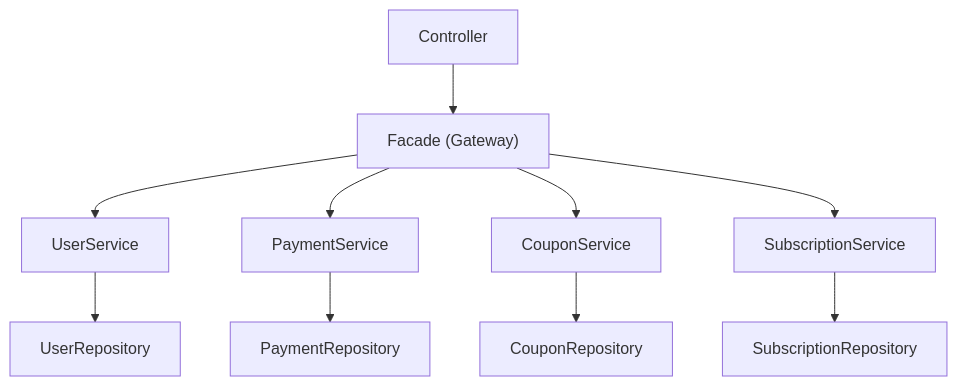
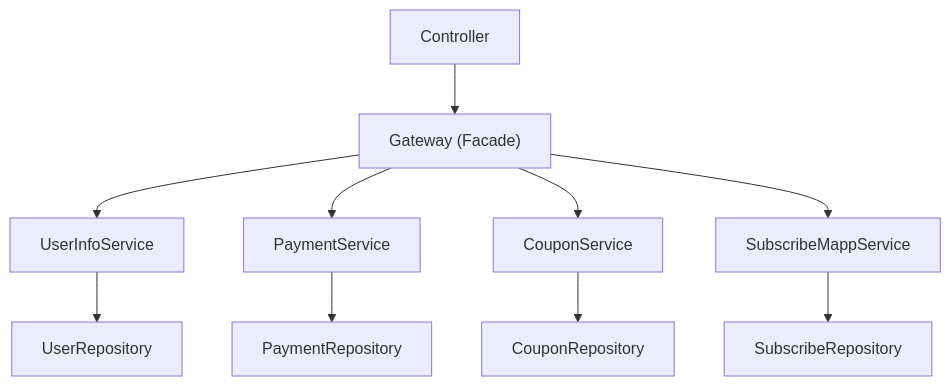
Before and after one commit to devy1540/devy1540.github.io: the second of 2 diagrams in content/posts/spring-facade-pattern-layered-architecture.md, drawn with Mermaid. The commit also changed other lines of this file and 2 other files, not shown here.

````diff
--- a/content/posts/spring-facade-pattern-layered-architecture.md
+++ b/content/posts/spring-facade-pattern-layered-architecture.md
@@ -50,20 +70,20 @@
 ```mermaid
 flowchart TB
     C["Controller"]
-    F["Facade (Gateway)"]
-    S1["UserService"]
+    G["Gateway (Facade)"]
+    S1["UserInfoService"]
     S2["PaymentService"]
     S3["CouponService"]
-    S4["SubscriptionService"]
+    S4["SubscribeMappService"]
     R1["UserRepository"]
     R2["PaymentRepository"]
     R3["CouponRepository"]
-    R4["SubscriptionRepository"]
+    R4["SubscribeRepository"]
 
-    C --> F
-    F --> S1 & S2 & S3 & S4
+    C --> G
+    G --> S1 & S2 & S3 & S4
     S1 --> R1
     S2 --> R2
     S3 --> R3
     S4 --> R4
 ```
````
